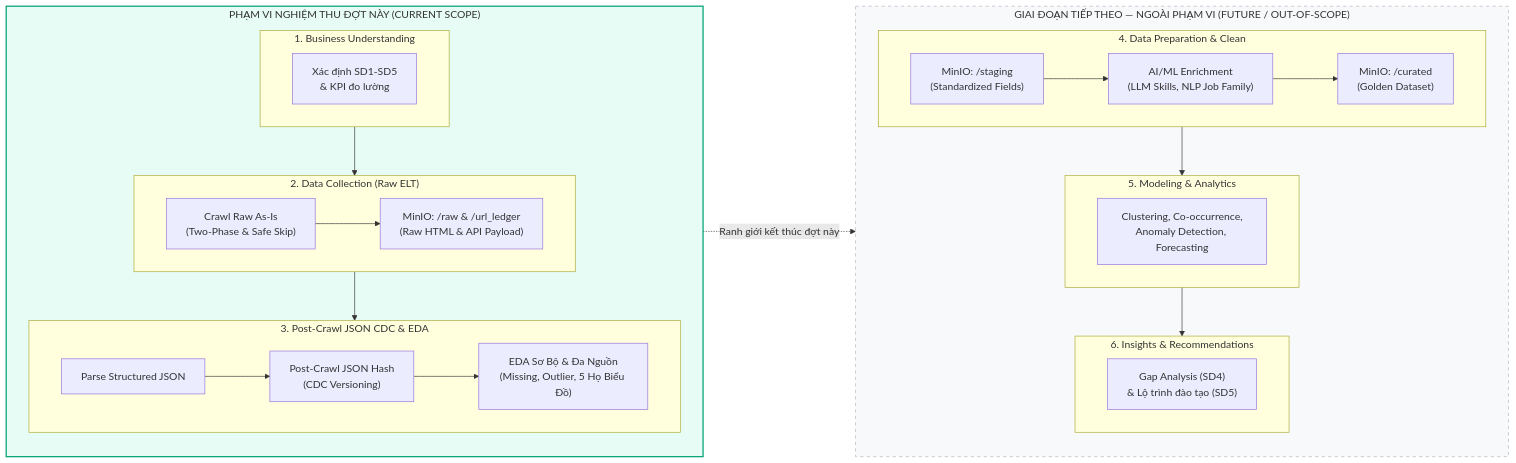
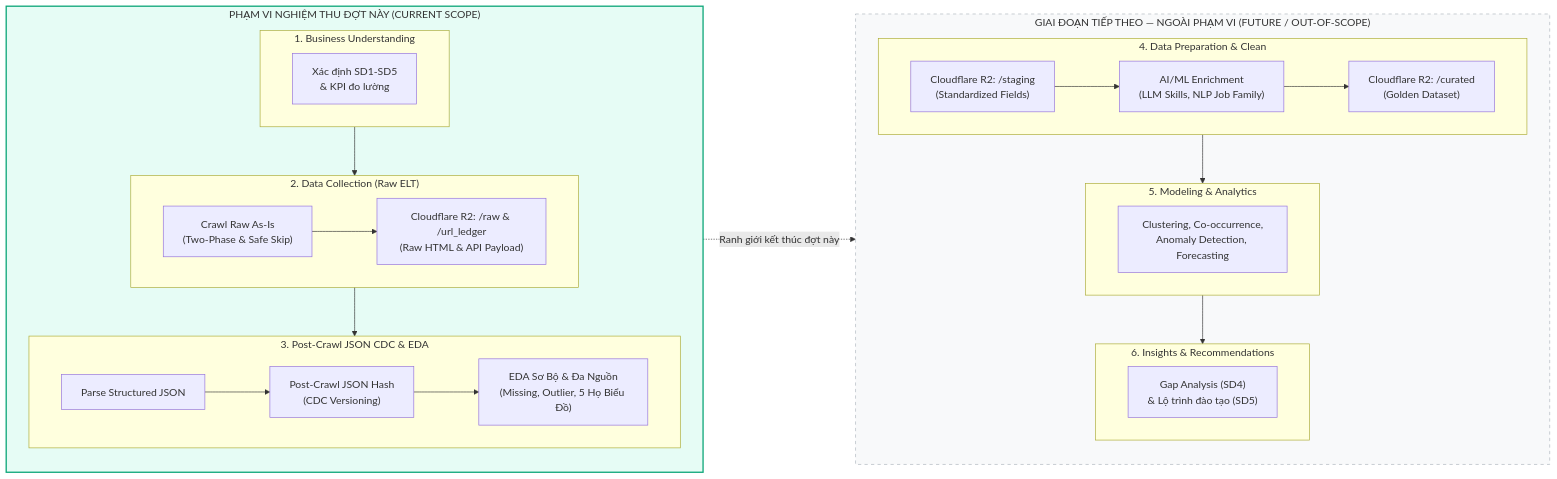
The second of 3 diagrams in docs/01_modern_data_mining_overview.md (Archduker/VN-IT-Job-Mining), drawn with Mermaid before and after one commit. The commit also changed other lines of this file and 126 other files, not shown here.

````diff
--- a/docs/01_modern_data_mining_overview.md
+++ b/docs/01_modern_data_mining_overview.md
@@ -46,36 +46,36 @@
 ```mermaid
 flowchart LR
     subgraph CurrentScope["PHẠM VI NGHIỆM THU ĐỢT NÀY (CURRENT SCOPE)"]
         direction TB
         subgraph Phase1["1. Business Understanding"]
             BU["Xác định SD1-SD5\n& KPI đo lường"]
         end
         subgraph Phase2["2. Data Collection (Raw ELT)"]
-            EXT["Crawl Raw As-Is\n(Two-Phase & Safe Skip)"] --> MINIO_RAW["MinIO: /raw & /url_ledger\n(Raw HTML & API Payload)"]
+            EXT["Crawl Raw As-Is\n(Two-Phase & Safe Skip)"] --> MINIO_RAW["Cloudflare R2: /raw & /url_ledger\n(Raw HTML & API Payload)"]
         end
         subgraph Phase3["3. Post-Crawl JSON CDC & EDA"]
             PARSE["Parse Structured JSON"] --> CDC["Post-Crawl JSON Hash\n(CDC Versioning)"]
             CDC --> EDA_PRE["EDA Sơ Bộ & Đa Nguồn\n(Missing, Outlier, 5 Họ Biểu Đồ)"]
         end
         Phase1 --> Phase2 --> Phase3
     end
 
     subgraph FutureScope["GIAI ĐOẠN TIẾP THEO — NGOÀI PHẠM VI (FUTURE / OUT-OF-SCOPE)"]
         direction TB
         subgraph Phase4["4. Data Preparation & Clean"]
-            MINIO_STG["MinIO: /staging\n(Standardized Fields)"] --> AI_ENRICH["AI/ML Enrichment\n(LLM Skills, NLP Job Family)"]
-            AI_ENRICH --> MINIO_CUR["MinIO: /curated\n(Golden Dataset)"]
+            MINIO_STG["Cloudflare R2: /staging\n(Standardized Fields)"] --> AI_ENRICH["AI/ML Enrichment\n(LLM Skills, NLP Job Family)"]
+            AI_ENRICH --> MINIO_CUR["Cloudflare R2: /curated\n(Golden Dataset)"]
         end
         subgraph Phase5["5. Modeling & Analytics"]
             MODEL["Clustering, Co-occurrence,\nAnomaly Detection, Forecasting"]
         end
         subgraph Phase6["6. Insights & Recommendations"]
             EVAL["Gap Analysis (SD4)\n& Lộ trình đào tạo (SD5)"]
         end
         Phase4 --> Phase5 --> Phase6
     end
 
     CurrentScope -.->|Ranh giới kết thúc đợt này| FutureScope
     style CurrentScope fill:#e6fcf5,stroke:#0ca678,stroke-width:2px
     style FutureScope fill:#f8f9fa,stroke:#adb5bd,stroke-dasharray: 5 5
 ```
````
